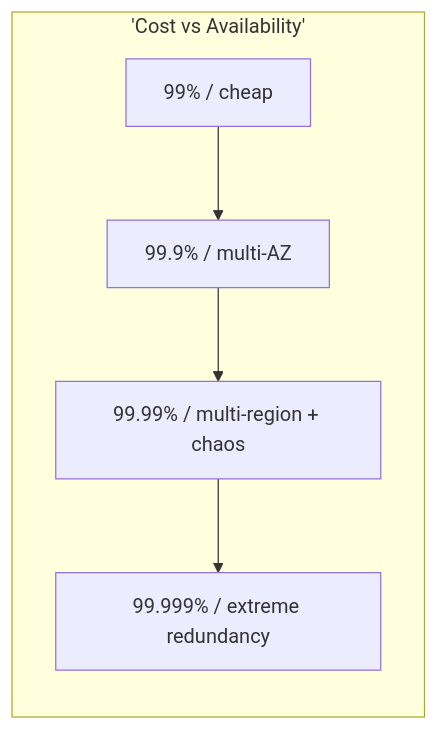
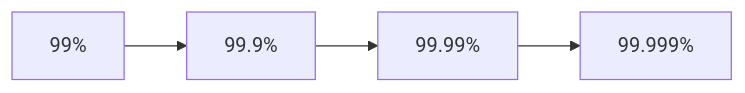
Before and after one commit to hareramcse/SystemDesign: the second of 34 diagrams in 12-reliability-engineering/README.md, drawn with Mermaid. The commit also changed other lines of this file and 1 other file, not shown here.

````diff
--- a/12-reliability-engineering/README.md
+++ b/12-reliability-engineering/README.md
@@ -78,10 +66,4 @@
 ```mermaid
 flowchart LR
-    subgraph Nines['Cost vs Availability']
-        N2[99% / cheap]
-        N3[99.9% / multi-AZ]
-        N4[99.99% / multi-region + chaos]
-        N5[99.999% / extreme redundancy]
-    end
-    N2 --> N3 --> N4 --> N5
+    N2[99%] --> N3[99.9%] --> N4[99.99%] --> N5[99.999%]
 ```
````
